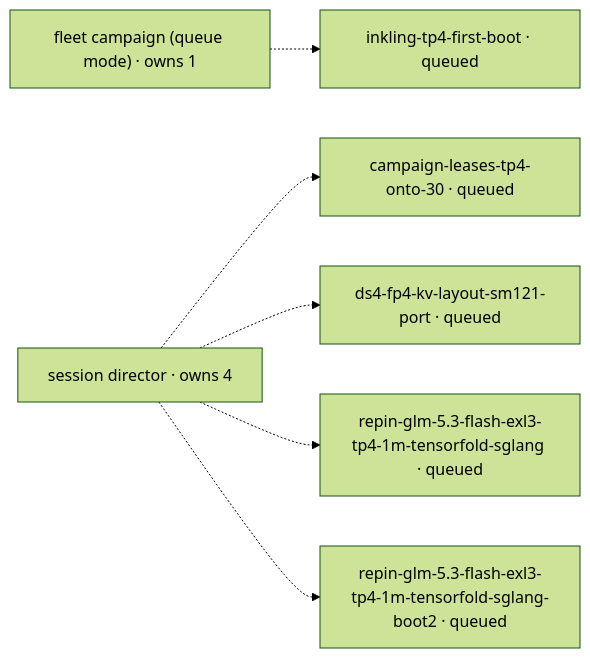
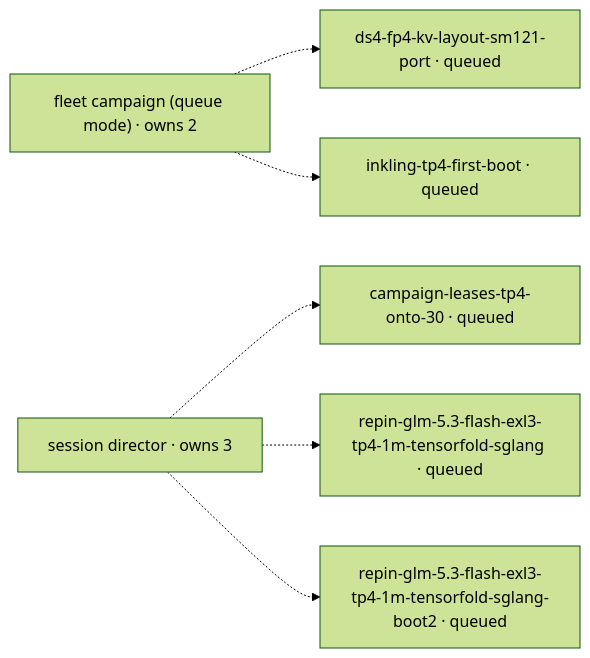
The diagram in mad-science/STATUS.md (littlecedar/sparkrun-recipe-registry), drawn with Mermaid (forest theme) before and after one commit. The commit also changed other lines of this file, not shown here.

````diff
--- a/mad-science/STATUS.md
+++ b/mad-science/STATUS.md
@@ -22,17 +22,17 @@
 ```mermaid
 flowchart LR
-  %% 0 blocked, 0 blocker edge(s), 5 drained by fleet campaign (queue mode) (1), session director (4)
-  r1["fleet campaign (queue mode) · owns 1"]
-  r2["session director · owns 4"]
+  %% 0 blocked, 0 blocker edge(s), 5 drained by fleet campaign (queue mode) (2), session director (3)
+  r1["fleet campaign (queue mode) · owns 2"]
+  r2["session director · owns 3"]
   t1["campaign-leases-tp4-onto-30 · queued"]
   t2["ds4-fp4-kv-layout-sm121-port · queued"]
   t3["inkling-tp4-first-boot · queued"]
   t4["repin-glm-5.3-flash-exl3-tp4-1m-tensorfold-sglang · queued"]
   t5["repin-glm-5.3-flash-exl3-tp4-1m-tensorfold-sglang-boot2 · queued"]
+  r1 -.-> t2
   r1 -.-> t3
   r2 -.-> t1
-  r2 -.-> t2
   r2 -.-> t4
   r2 -.-> t5
   classDef no-recorded-edge stroke-dasharray: 4 3
 ```
````
